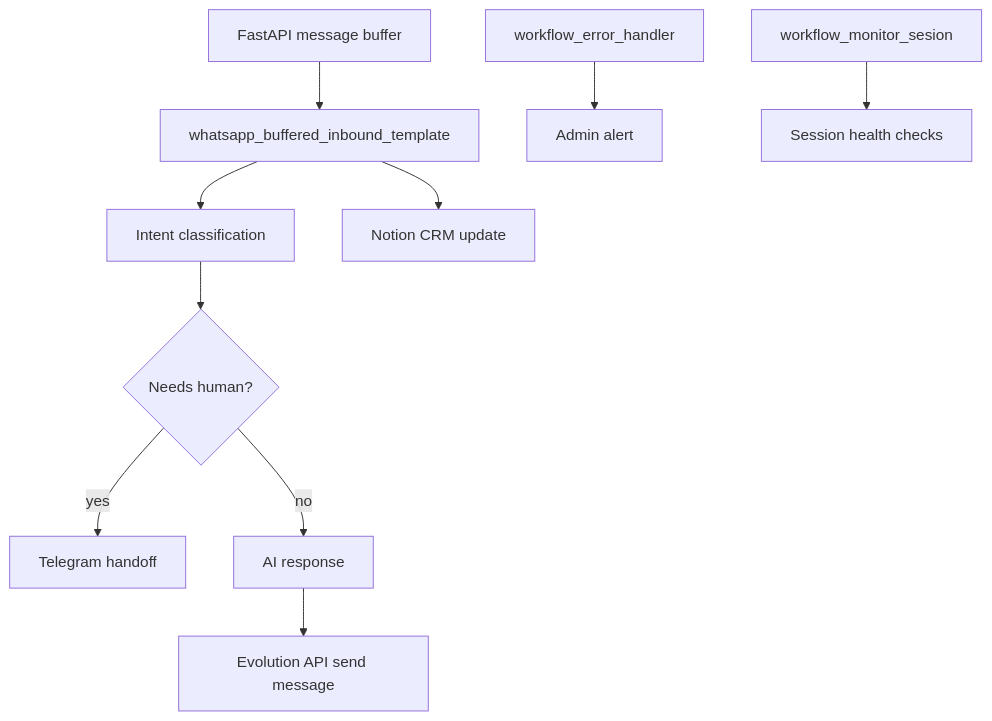
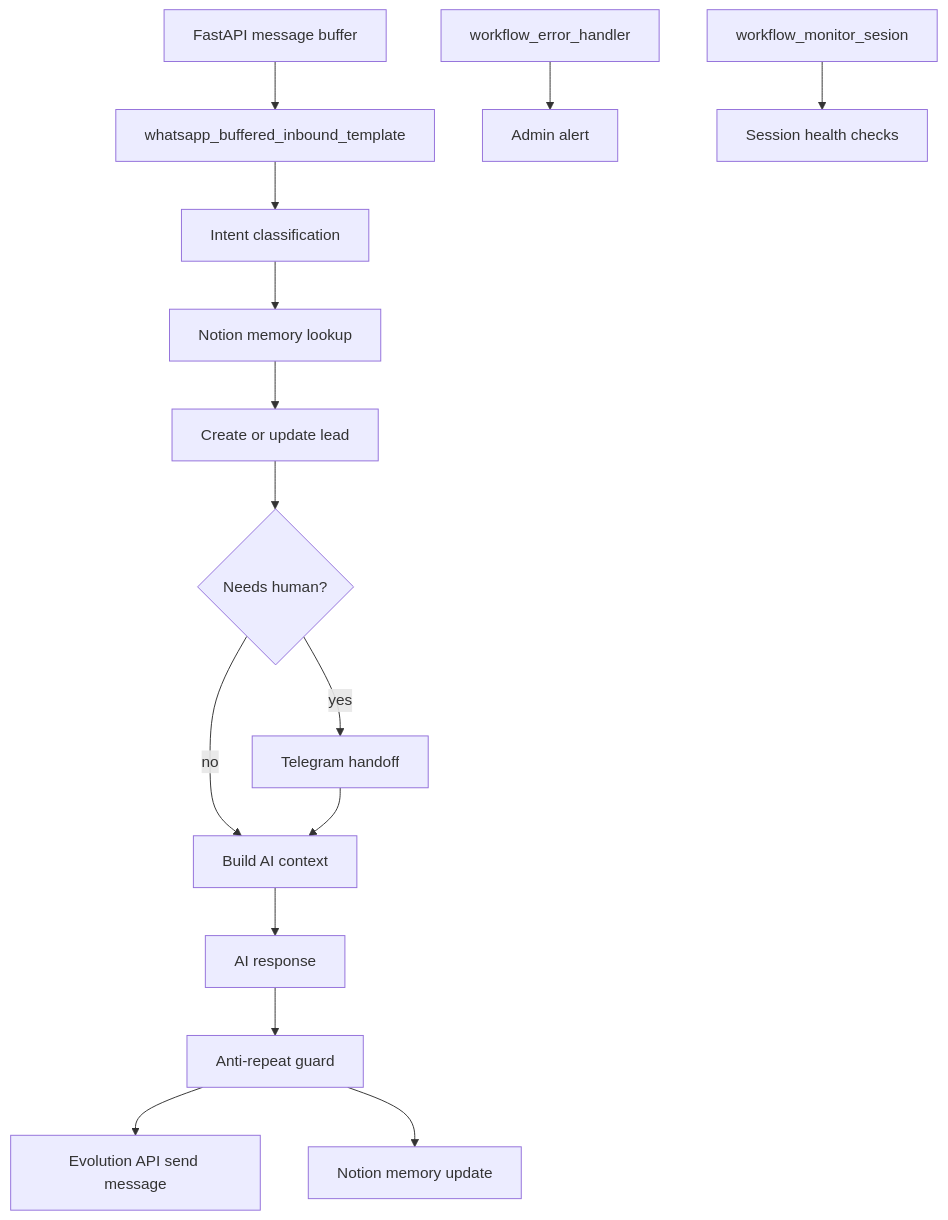
The diagram in n8n/README.md (nicolasvargaszz/bot), drawn with Mermaid before and after one commit. The commit also changed other lines of this file and 3 other files, not shown here.

First line of the commit message:
feat(n8n): add conversation memory and anti-repetition to buffered template

````diff
--- a/n8n/README.md
+++ b/n8n/README.md
@@ -7,12 +7,17 @@
 ```mermaid
 flowchart TD
     A[FastAPI message buffer] --> B[whatsapp_buffered_inbound_template]
     B --> C[Intent classification]
-    C --> D{Needs human?}
-    D -- yes --> E[Telegram handoff]
-    D -- no --> F[AI response]
-    F --> G[Evolution API send message]
-    B --> H[Notion CRM update]
-    I[workflow_error_handler] --> J[Admin alert]
-    K[workflow_monitor_sesion] --> L[Session health checks]
+    C --> D[Notion memory lookup]
+    D --> E[Create or update lead]
+    E --> F{Needs human?}
+    F -- yes --> G[Telegram handoff]
+    F -- no --> H[Build AI context]
+    G --> H
+    H --> I[AI response]
+    I --> J[Anti-repeat guard]
+    J --> K[Evolution API send message]
+    J --> L[Notion memory update]
+    M[workflow_error_handler] --> N[Admin alert]
+    O[workflow_monitor_sesion] --> P[Session health checks]
 ```
````
